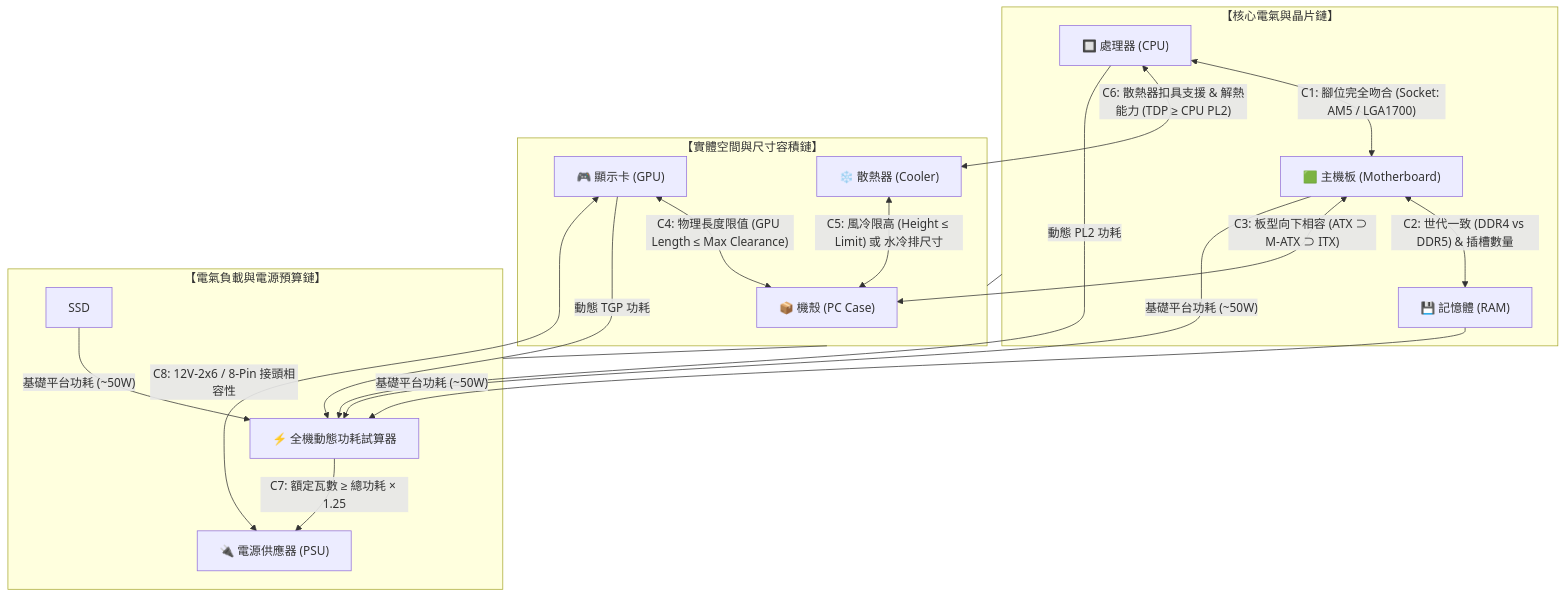
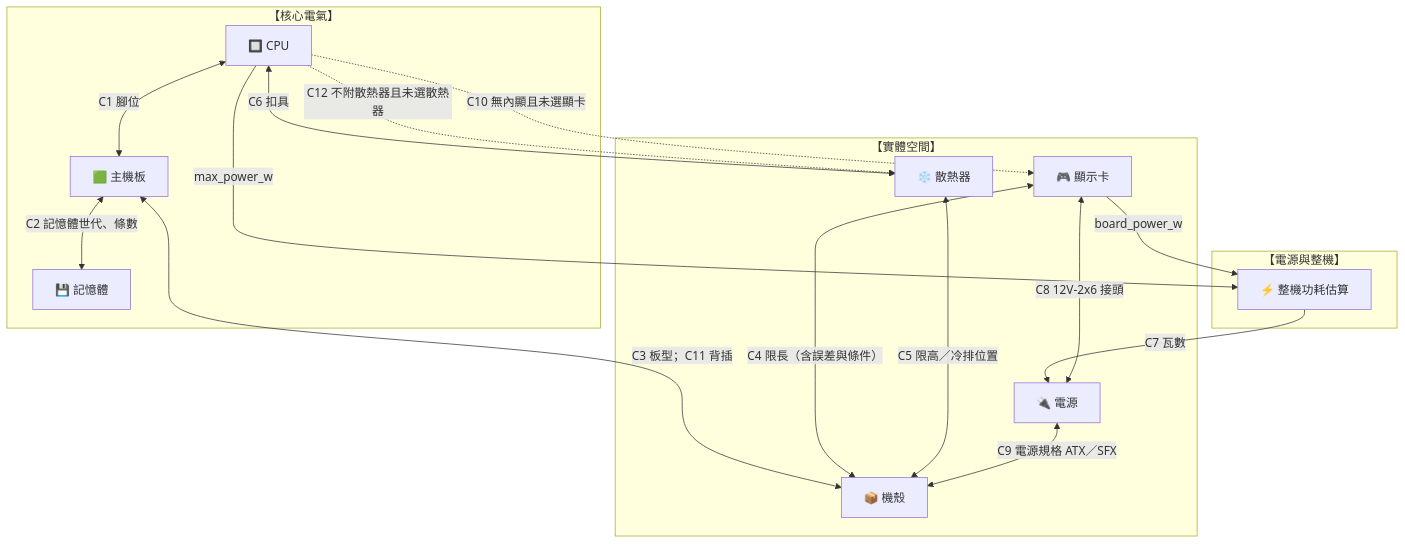
One commit to VaalRL/TW-bentocraft-dev changed the diagram in 02-hardware-compatibility-constraint-engine.md. Above: the diagram before and after it, drawn with Mermaid. The commit also changed other lines of this file and 9 other files, not shown here.

````diff
--- a/02-hardware-compatibility-constraint-engine.md
+++ b/02-hardware-compatibility-constraint-engine.md
@@ -13,25 +19,24 @@
 ```mermaid
 graph TD
-    subgraph CoreSockets["【核心電氣與晶片鏈】"]
-        CPU["🔲 處理器 (CPU)"] <-->|"C1: 腳位完全吻合 (Socket: AM5 / LGA1700)"| MB["🟩 主機板 (Motherboard)"]
-        MB <-->|"C2: 世代一致 (DDR4 vs DDR5) & 插槽數量"| RAM["💾 記憶體 (RAM)"]
+    subgraph Core["【核心電氣】"]
+        CPU["🔲 CPU"] <-->|"C1 腳位"| MB["🟩 主機板"]
+        MB <-->|"C2 記憶體世代、條數"| RAM["💾 記憶體"]
     end
 
-    subgraph PhysicalSpace["【實體空間與尺寸容積鏈】"]
-        MB <-->|"C3: 板型向下相容 (ATX ⊃ M-ATX ⊃ ITX)"| Case["📦 機殼 (PC Case)"]
-        GPU["🎮 顯示卡 (GPU)"] <-->|"C4: 物理長度限值 (GPU Length ≤ Max Clearance)"| Case
-        Cooler["❄️ 散熱器 (Cooler)"] <-->|"C5: 風冷限高 (Height ≤ Limit) 或 水冷排尺寸"| Case
-        CPU <-->|"C6: 散熱器扣具支援 & 解熱能力 (TDP ≥ CPU PL2)"| Cooler
+    subgraph Space["【實體空間】"]
+        MB <-->|"C3 板型；C11 背插"| Case["📦 機殼"]
+        GPU["🎮 顯示卡"] <-->|"C4 限長（含誤差與條件）"| Case
+        Cooler["❄️ 散熱器"] <-->|"C5 限高／冷排位置"| Case
+        CPU <-->|"C6 扣具"| Cooler
+        PSU["🔌 電源"] <-->|"C9 電源規格 ATX／SFX"| Case
     end
 
-    subgraph PowerAndThermal["【電氣負載與電源預算鏈】"]
-        CPU -->|"動態 PL2 功耗"| PowerEngine["⚡ 全機動態功耗試算器"]
-        GPU -->|"動態 TGP 功耗"| PowerEngine
-        MB & RAM & SSD -->|"基礎平台功耗 (~50W)"| PowerEngine
-        PowerEngine -->|"C7: 額定瓦數 ≥ 總功耗 × 1.25"| PSU["🔌 電源供應器 (PSU)"]
-        GPU <-->|"C8: 12V-2x6 / 8-Pin 接頭相容性"| PSU
+    subgraph Power["【電源與整機】"]
+        CPU -->|"max_power_w"| Load["⚡ 整機功耗估算"]
+        GPU -->|"board_power_w"| Load
+        Load -->|"C7 瓦數"| PSU
+        GPU <-->|"C8 12V-2x6 接頭"| PSU
+        CPU -.->|"C10 無內顯且未選顯卡"| GPU
+        CPU -.->|"C12 不附散熱器且未選散熱器"| Cooler
     end
-
-    CoreSockets --- PhysicalSpace
-    PhysicalSpace --- PowerAndThermal
 ```
````
